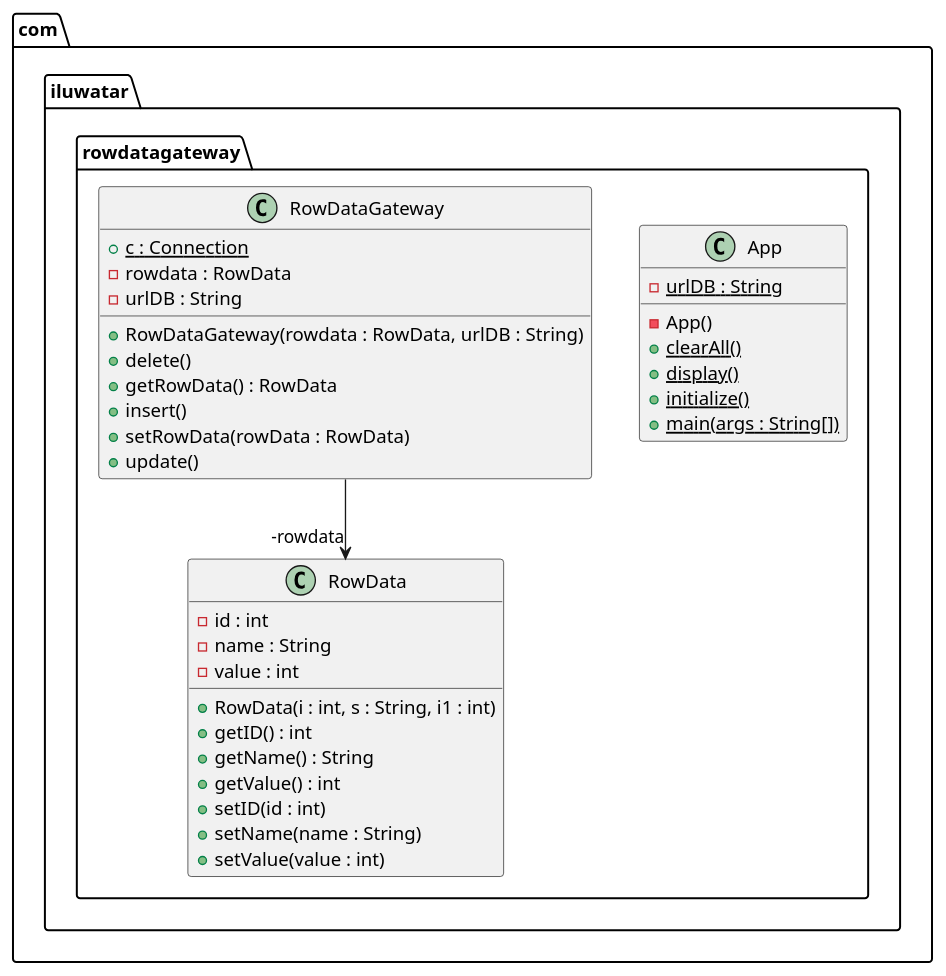
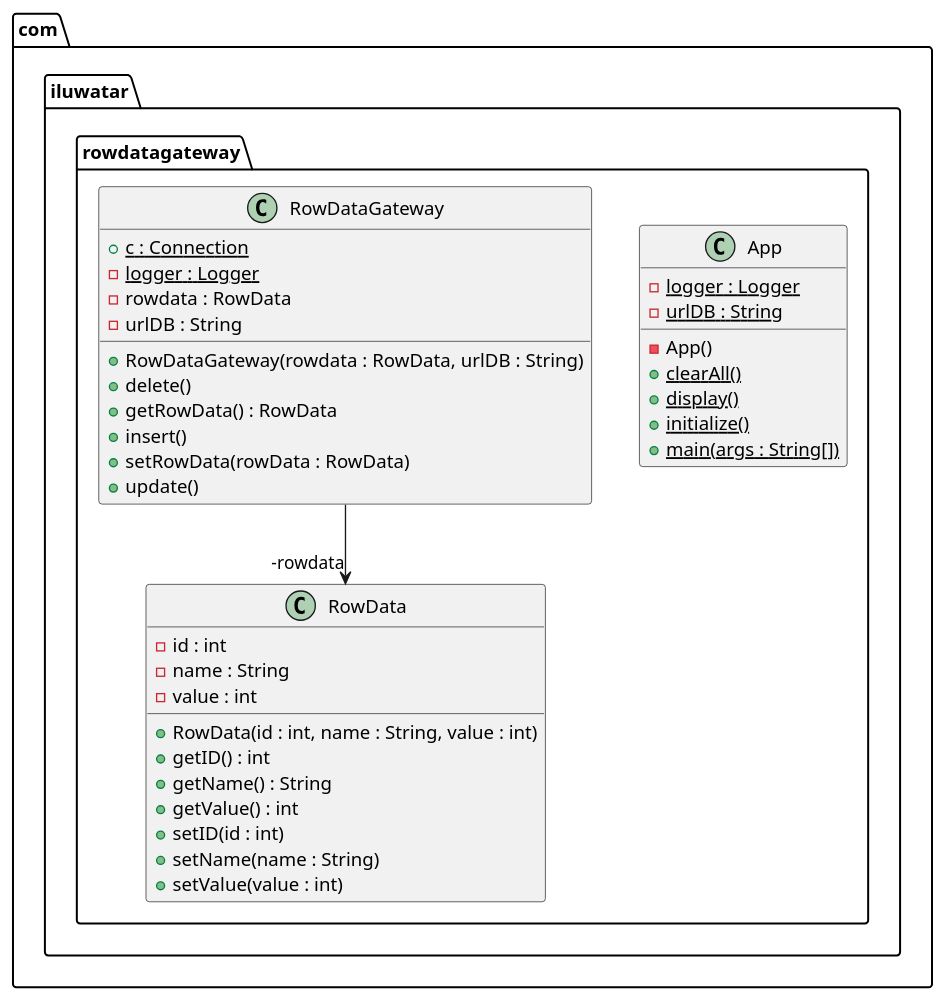
One commit to ANUEthan/java-design-patterns changed the diagram in row-data-gateway/etc/row-data-gateway.urm.puml. Above: the diagram before and after it, drawn with PlantUML. The commit also changed 9 other files, not shown here.

```diff
--- a/row-data-gateway/etc/row-data-gateway.urm.puml
+++ b/row-data-gateway/etc/row-data-gateway.urm.puml
@@ -1,36 +1,38 @@
 @startuml
 package com.iluwatar.rowdatagateway {
   class App {
+    - logger : Logger {static}
     - urlDB : String {static}
     - App()
     + clearAll() {static}
     + display() {static}
     + initialize() {static}
     + main(args : String[]) {static}
   }
   class RowData {
     - id : int
     - name : String
     - value : int
-    + RowData(i : int, s : String, i1 : int)
+    + RowData(id : int, name : String, value : int)
     + getID() : int
     + getName() : String
     + getValue() : int
     + setID(id : int)
     + setName(name : String)
     + setValue(value : int)
   }
   class RowDataGateway {
     + c : Connection {static}
+    - logger : Logger {static}
     - rowdata : RowData
     - urlDB : String
     + RowDataGateway(rowdata : RowData, urlDB : String)
     + delete()
     + getRowData() : RowData
     + insert()
     + setRowData(rowData : RowData)
     + update()
   }
 }
 RowDataGateway -->  "-rowdata" RowData
 @enduml
```
